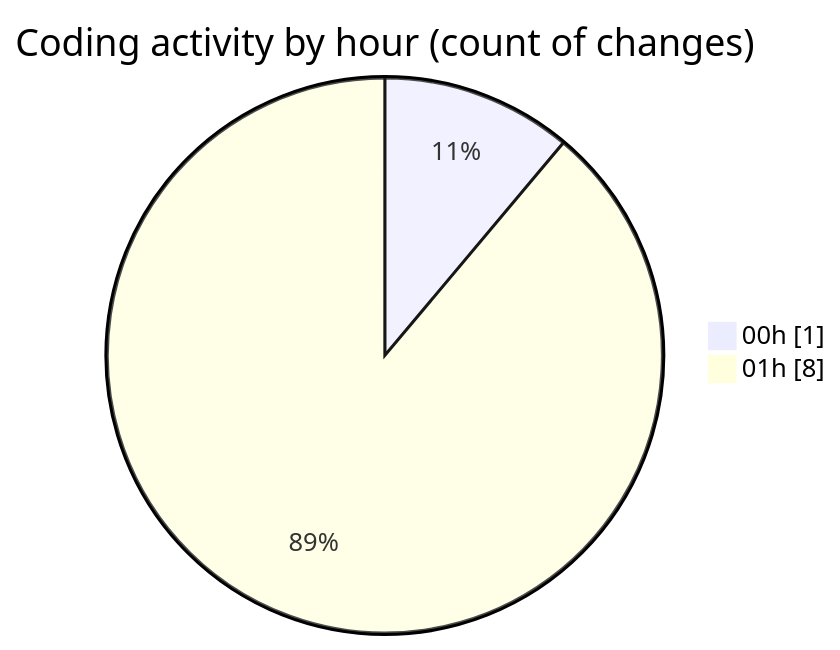
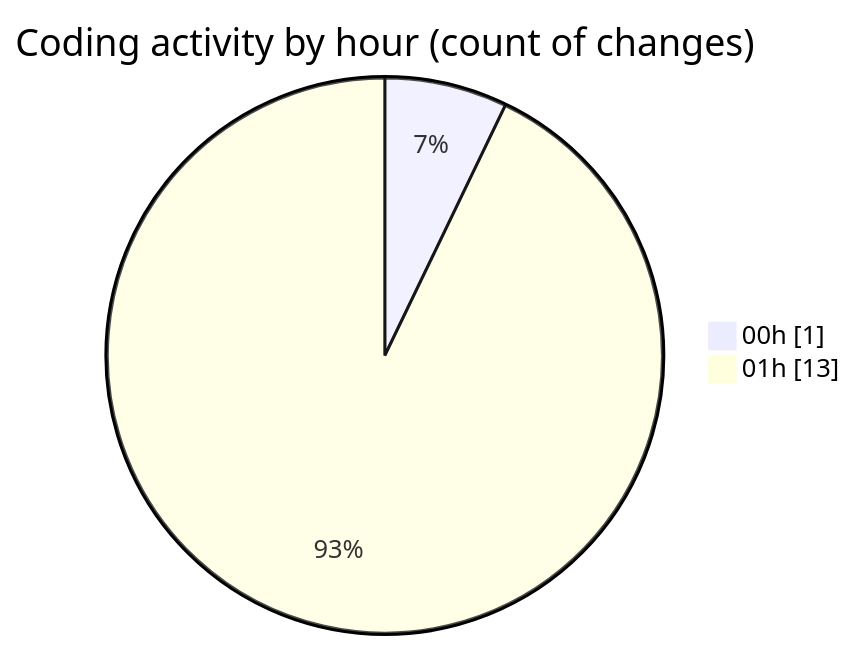
The second of 2 diagrams in 2025-05-01/niten/README.md (Elitesun/code-tracking), drawn with Mermaid before and after one commit. The commit also changed other lines of this file and 1 other file, not shown here.

````diff
--- a/2025-05-01/niten/README.md
+++ b/2025-05-01/niten/README.md
@@ -32,6 +34,6 @@
 ```mermaid
 pie showData
 title Coding activity by hour (count of changes)
 "00h" : 1
-"01h" : 8
+"01h" : 13
 ```
````
